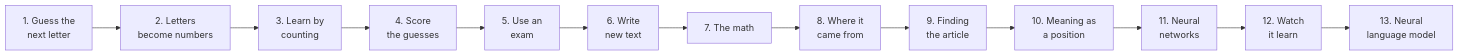
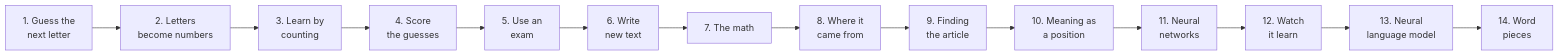
One commit to Falconiere/agavus changed the diagram in learning/README.md. Above: the diagram before and after it, drawn with Mermaid. The commit also changed other lines of this file and 8 other files, not shown here.

````diff
--- a/learning/README.md
+++ b/learning/README.md
@@ -6,15 +6,16 @@
 ```mermaid
 flowchart LR
   A["1. Guess the<br/>next letter"] --> B["2. Letters<br/>become numbers"]
   B --> C["3. Learn by<br/>counting"]
   C --> D["4. Score<br/>the guesses"]
   D --> E["5. Use an<br/>exam"]
   E --> F["6. Write<br/>new text"]
   F --> G["7. The math"]
   G --> H["8. Where it<br/>came from"]
   H --> I["9. Finding<br/>the article"]
   I --> J["10. Meaning as<br/>a position"]
   J --> K["11. Neural<br/>networks"]
   K --> L["12. Watch<br/>it learn"]
   L --> M["13. Neural<br/>language model"]
+  M --> N["14. Word<br/>pieces"]
 ```
````
